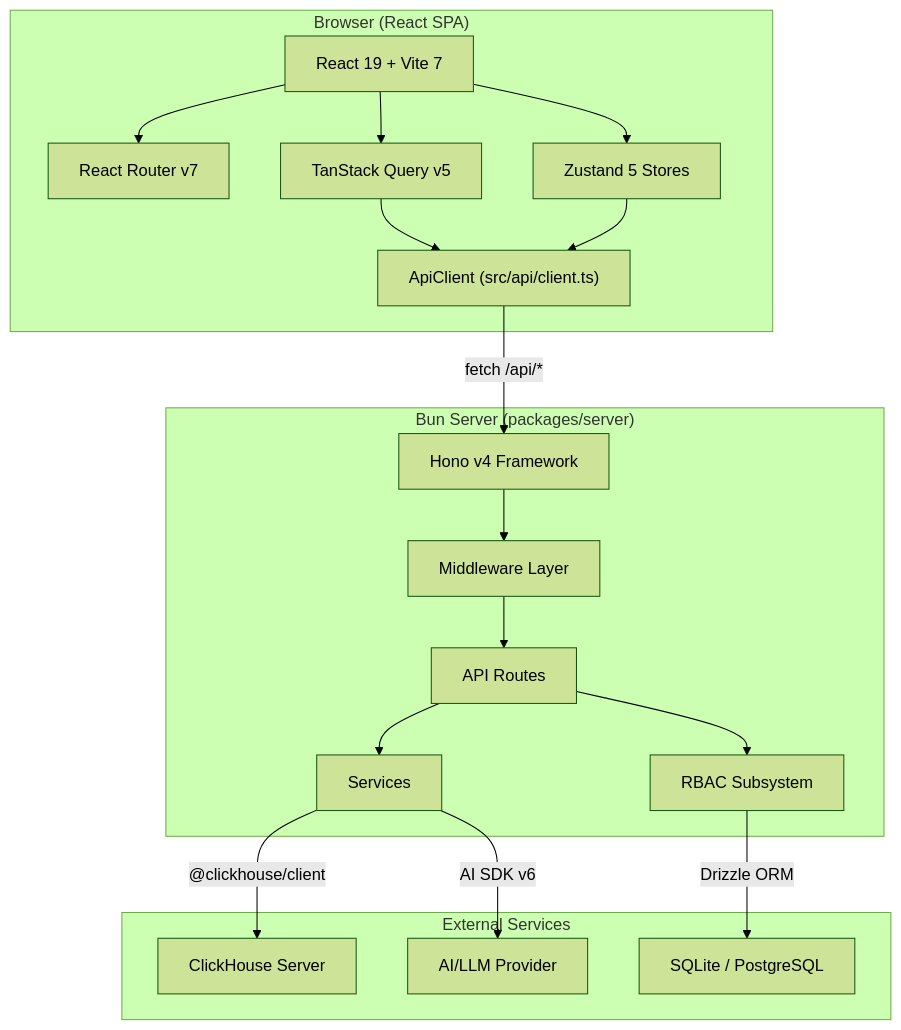
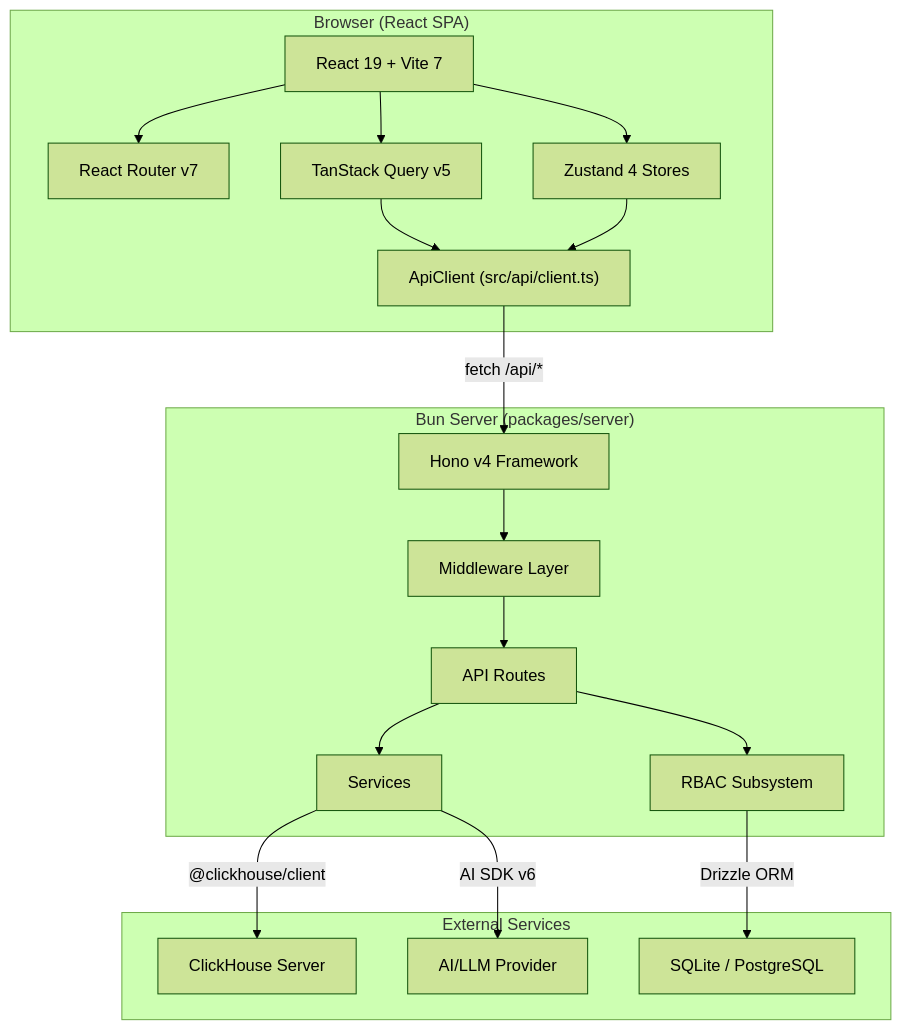
One commit to daun-gatal/chouse-ui changed the first of 7 diagrams in ARCHITECTURE.md. Above: the diagram before and after it, drawn with Mermaid (forest theme). The commit also changed other lines of this file and 1 other file, not shown here.

````diff
--- a/ARCHITECTURE.md
+++ b/ARCHITECTURE.md
@@ -9,36 +9,36 @@
 ```mermaid
 graph TB
     subgraph Browser["Browser (React SPA)"]
         UI["React 19 + Vite 7"]
         Router["React Router v7"]
-        Stores["Zustand 5 Stores"]
+        Stores["Zustand 4 Stores"]
         RQ["TanStack Query v5"]
         ApiClient["ApiClient (src/api/client.ts)"]
     end
 
     subgraph Server["Bun Server (packages/server)"]
         Hono["Hono v4 Framework"]
         MW["Middleware Layer"]
         Routes["API Routes"]
         Services["Services"]
         RBAC["RBAC Subsystem"]
     end
 
     subgraph External["External Services"]
         CH["ClickHouse Server"]
         AI["AI/LLM Provider"]
         DB["SQLite / PostgreSQL"]
     end
 
     UI --> Router
     UI --> Stores
     UI --> RQ
     RQ --> ApiClient
     Stores --> ApiClient
     ApiClient -->|"fetch /api/*"| Hono
     Hono --> MW --> Routes --> Services
     Routes --> RBAC
     Services -->|"@clickhouse/client"| CH
     Services -->|"AI SDK v6"| AI
     RBAC -->|"Drizzle ORM"| DB
 ```
````
